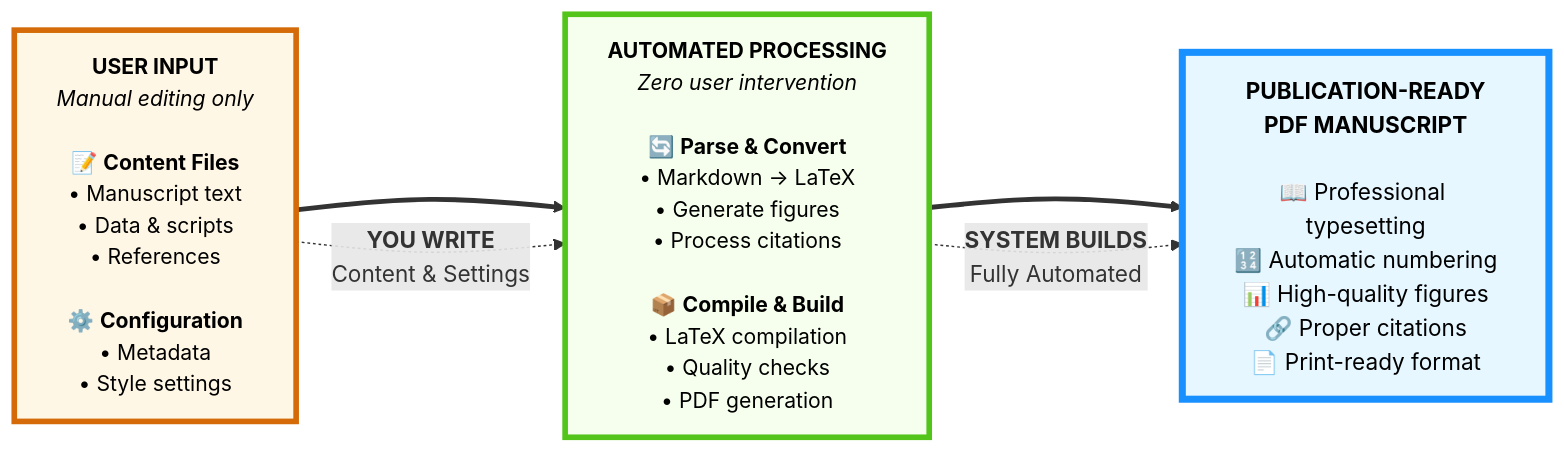
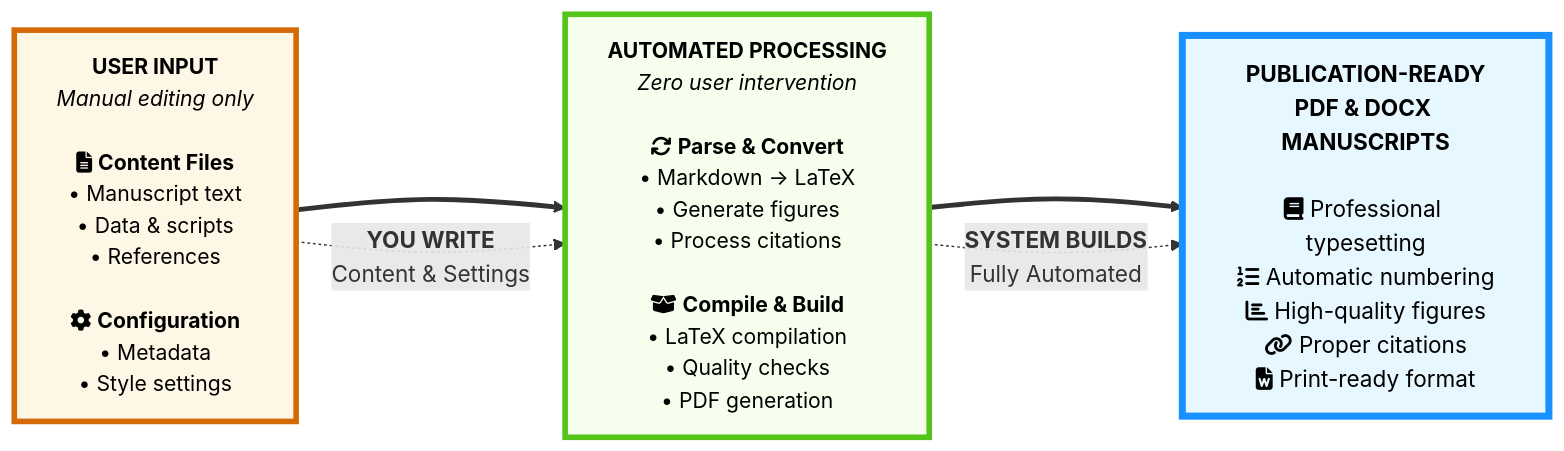
The diagram in MANUSCRIPT/FIGURES/Figure__workflow.mmd (HenriquesLab/manuscript-rxiv-maker), drawn with Mermaid before and after one commit. The commit also changed 5 other files, not shown here.

Commit message:
feat: Add inline DOI resolution and DOCX export capabilities with updated workflow diagrams and gitignore.

```diff
--- a/MANUSCRIPT/FIGURES/Figure__workflow.mmd
+++ b/MANUSCRIPT/FIGURES/Figure__workflow.mmd
@@ -1,27 +1,27 @@
 flowchart LR
     %% USER INPUT SECTION - Simplified without inner boxes
-    USER["<b>USER INPUT</b><br/><i>Manual editing only</i><br/><br/>📝 <b>Content Files</b><br/>   • Manuscript text<br/>   • Data & scripts<br/>   • References<br/><br/>⚙️ <b>Configuration</b><br/>   • Metadata<br/>   • Style settings"]
+    USER["<b>USER INPUT</b><br/><i>Manual editing only</i><br/><br/>fa:fa-file-alt <b>Content Files</b><br/>   • Manuscript text<br/>   • Data & scripts<br/>   • References<br/><br/>fa:fa-cog <b>Configuration</b><br/>   • Metadata<br/>   • Style settings"]
 
     %% AUTOMATED PROCESSING - Simplified without inner boxes
-    AUTO["<b>AUTOMATED PROCESSING</b><br/><i>Zero user intervention</i><br/><br/>🔄 <b>Parse & Convert</b><br/>   • Markdown → LaTeX<br/>   • Generate figures<br/>   • Process citations<br/><br/>📦 <b>Compile & Build</b><br/>   • LaTeX compilation<br/>   • Quality checks<br/>   • PDF generation"]
+    AUTO["<b>AUTOMATED PROCESSING</b><br/><i>Zero user intervention</i><br/><br/>fa:fa-sync <b>Parse & Convert</b><br/>   • Markdown → LaTeX<br/>   • Generate figures<br/>   • Process citations<br/><br/>fa:fa-box-open <b>Compile & Build</b><br/>   • LaTeX compilation<br/>   • Quality checks<br/>   • PDF generation"]
 
     %% FINAL OUTPUT
-    OUTPUT["<b>PUBLICATION-READY<br/>PDF MANUSCRIPT</b><br/><br/>📖 Professional typesetting<br/>🔢 Automatic numbering<br/>📊 High-quality figures<br/>🔗 Proper citations<br/>📄 Print-ready format"]
+    OUTPUT["<b>PUBLICATION-READY<br/>PDF & DOCX MANUSCRIPTS</b><br/><br/>fa:fa-book Professional typesetting<br/>fa:fa-list-ol Automatic numbering<br/>fa:fa-chart-bar High-quality figures<br/>fa:fa-link Proper citations<br/>fa:fa-file-word Print-ready format"]
 
     %% Flow connections with thicker arrows
     USER ==> AUTO
     AUTO ==> OUTPUT
 
     %% Annotations - cleaner labels
     USER -.-> |"<b>YOU WRITE</b><br/>Content & Settings"| AUTO
     AUTO -.-> |"<b>SYSTEM BUILDS</b><br/>Fully Automated"| OUTPUT
 
     %% Styling - Clean, high contrast, publication ready
     classDef userBox fill:#fff7e6,stroke:#d46b08,stroke-width:4px,color:#000,font-size:15px
     classDef autoBox fill:#f6ffed,stroke:#52c41a,stroke-width:4px,color:#000,font-size:15px
     classDef outputBox fill:#e6f7ff,stroke:#1890ff,stroke-width:5px,color:#000,font-size:16px
 
     %% Apply classes
     class USER userBox
     class AUTO autoBox
     class OUTPUT outputBox
```
